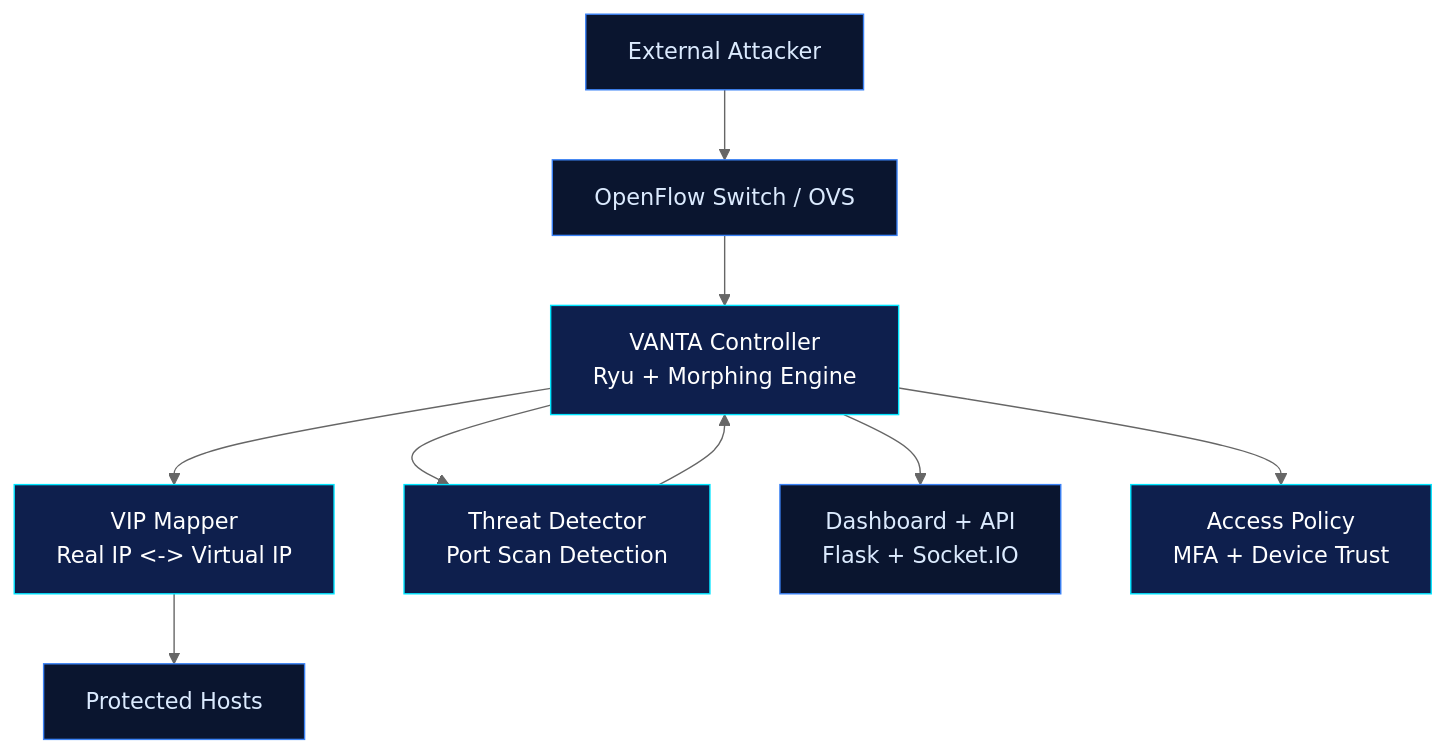
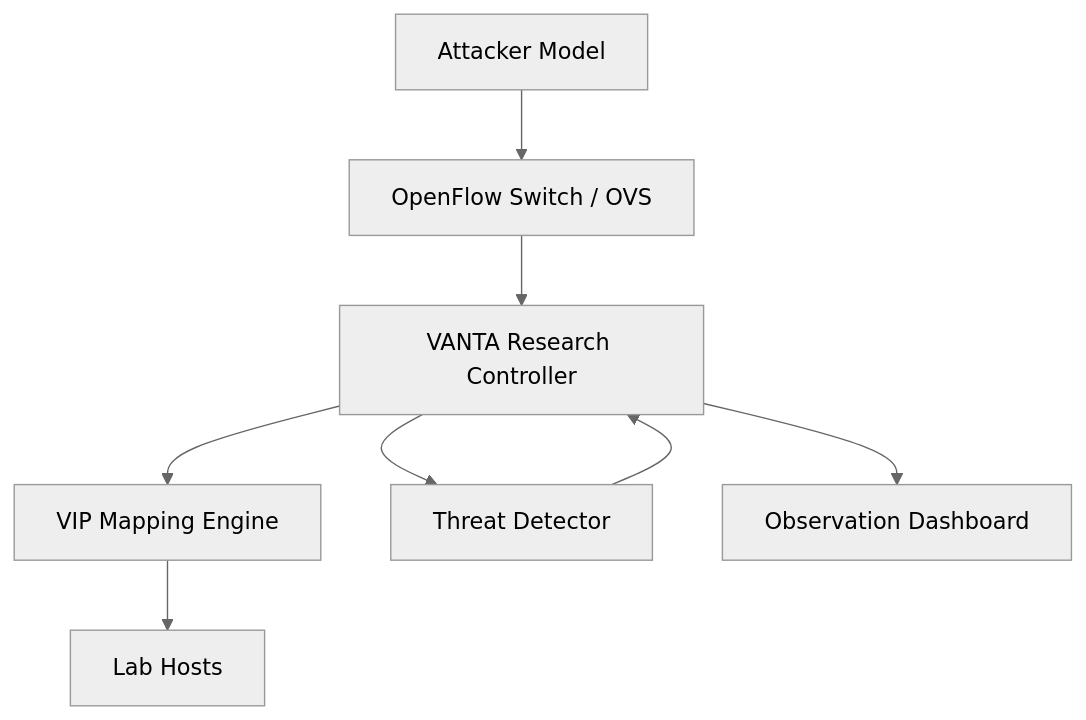
One commit to Manishsarkar1/NetWeaver changed the diagram in README.md. Above: the diagram before and after it, drawn with Mermaid (neutral theme). The commit also changed other lines of this file and 30 other files, not shown here.

````diff
--- a/README.md
+++ b/README.md
@@ -30,17 +26,10 @@
 ```mermaid
 flowchart TB
-    A["External Attacker"] --> B["OpenFlow Switch / OVS"]
-    B --> C["VANTA Controller\nRyu + Morphing Engine"]
-    C --> D["VIP Mapper\nReal IP <-> Virtual IP"]
-    C --> E["Threat Detector\nPort Scan Detection"]
-    C --> F["Dashboard + API\nFlask + Socket.IO"]
-    D --> G["Protected Hosts"]
-    C --> H["Access Policy\nMFA + Device Trust"]
+    A["Attacker Model"] --> B["OpenFlow Switch / OVS"]
+    B --> C["VANTA Research Controller"]
+    C --> D["VIP Mapping Engine"]
+    C --> E["Threat Detector"]
+    C --> F["Observation Dashboard"]
+    D --> G["Lab Hosts"]
     E --> C
-
-    classDef core fill:#0e1f4d,stroke:#00e5ff,color:#ffffff,stroke-width:1px;
-    classDef edge fill:#0a152f,stroke:#3b82f6,color:#dbeafe,stroke-width:1px;
-
-    class C,D,E,H core;
-    class A,B,F,G edge;
 ```
````
